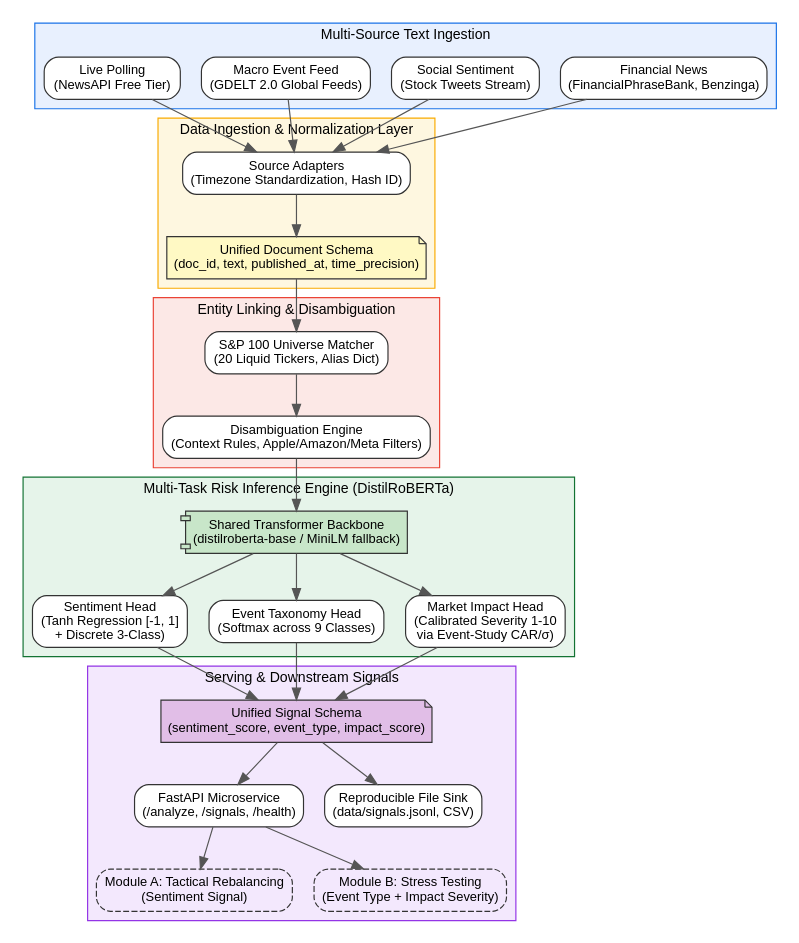
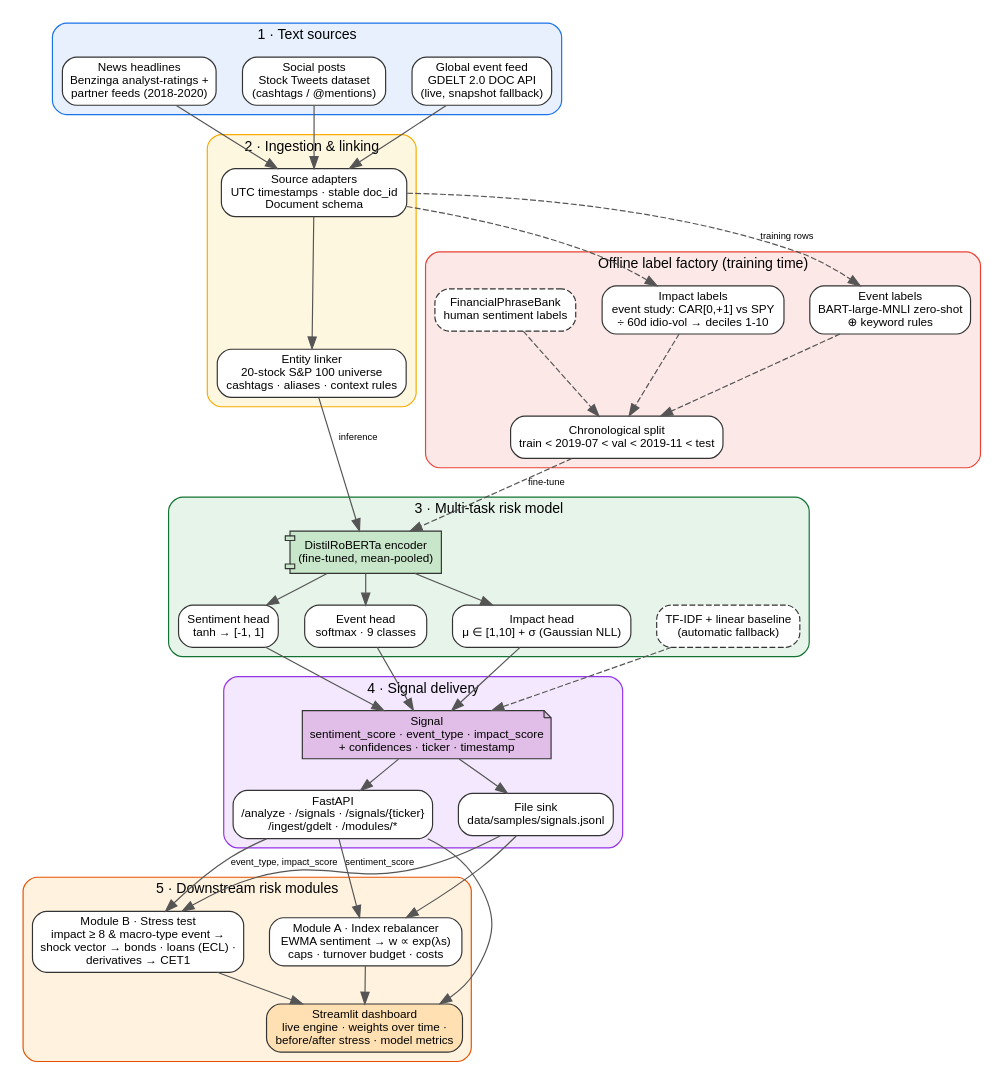
The diagram in docs/architecture.dot (agr-arsh-15/manipal-arsh-agrawal-hackathon), drawn with Graphviz before and after one commit. The commit also changed 18 other files, not shown here.

First line of the commit message:
feat(dashboard): Streamlit dashboard, evaluation harness, deck builder, GDELT GKG fallback

```diff
--- a/docs/architecture.dot
+++ b/docs/architecture.dot
@@ -1,94 +1,71 @@
 digraph RiskEngineArchitecture {
     rankdir=TB;
+    newrank=true;
+    nodesep=0.3;
+    ranksep=0.35;
     fontname="Helvetica,Arial,sans-serif";
-    node [fontname="Helvetica,Arial,sans-serif", fontsize=11, shape=box, style="filled,rounded", color="#333333", fillcolor="#F8F9FA"];
-    edge [fontname="Helvetica,Arial,sans-serif", fontsize=9, color="#555555"];
+    node [fontname="Helvetica,Arial,sans-serif", fontsize=10, shape=box, style="filled,rounded", color="#333333", fillcolor="#FFFFFF"];
+    edge [fontname="Helvetica,Arial,sans-serif", fontsize=8, color="#555555"];
 
     subgraph cluster_sources {
-        label = "Multi-Source Text Ingestion";
-        style = "filled";
-        fillcolor = "#E8F0FE";
-        fontsize = 12;
-        color = "#1A73E8";
-
-        s1 [label="Financial News\n(FinancialPhraseBank, Benzinga)", fillcolor="#FFFFFF"];
-        s2 [label="Social Sentiment\n(Stock Tweets Stream)", fillcolor="#FFFFFF"];
-        s3 [label="Macro Event Feed\n(GDELT 2.0 Global Feeds)", fillcolor="#FFFFFF"];
-        s4 [label="Live Polling\n(NewsAPI Free Tier)", fillcolor="#FFFFFF"];
+        label="1 · Text sources"; style="filled,rounded"; fillcolor="#E8F0FE"; color="#1A73E8"; fontsize=12;
+        news   [label="News headlines\nBenzinga analyst-ratings +\npartner feeds (2018-2020)"];
+        social [label="Social posts\nStock Tweets dataset\n(cashtags / @mentions)"];
+        gdelt  [label="Global event feed\nGDELT 2.0 DOC API\n(live, snapshot fallback)"];
     }
 
-    subgraph cluster_normalization {
-        label = "Data Ingestion & Normalization Layer";
-        style = "filled";
-        fillcolor = "#FEF7E0";
-        fontsize = 12;
-        color = "#F9AB00";
-
-        doc_adapter [label="Source Adapters\n(Timezone Standardization, Hash ID)", fillcolor="#FFFFFF"];
-        doc_schema [label="Unified Document Schema\n(doc_id, text, published_at, time_precision)", shape=note, fillcolor="#FFF9C4"];
+    subgraph cluster_ingest {
+        label="2 · Ingestion & linking"; style="filled,rounded"; fillcolor="#FEF7E0"; color="#F9AB00"; fontsize=12;
+        adapters [label="Source adapters\nUTC timestamps · stable doc_id\nDocument schema"];
+        linker   [label="Entity linker\n20-stock S&P 100 universe\ncashtags · aliases · context rules"];
     }
 
-    subgraph cluster_entity {
-        label = "Entity Linking & Disambiguation";
-        style = "filled";
-        fillcolor = "#FCE8E6";
-        fontsize = 12;
-        color = "#EA4335";
-
-        universe_match [label="S&P 100 Universe Matcher\n(20 Liquid Tickers, Alias Dict)", fillcolor="#FFFFFF"];
-        disambiguate [label="Disambiguation Engine\n(Context Rules, Apple/Amazon/Meta Filters)", fillcolor="#FFFFFF"];
+    subgraph cluster_labels {
+        label="Offline label factory (training time)"; style="filled,rounded"; fillcolor="#FCE8E6"; color="#EA4335"; fontsize=12;
+        fpb    [label="FinancialPhraseBank\nhuman sentiment labels", style="filled,rounded,dashed"];
+        zs     [label="Event labels\nBART-large-MNLI zero-shot\n⊕ keyword rules"];
+        car    [label="Impact labels\nevent study: CAR[0,+1] vs SPY\n÷ 60d idio-vol → deciles 1-10"];
+        splits [label="Chronological split\ntrain < 2019-07 < val < 2019-11 < test"];
     }
 
     subgraph cluster_model {
-        label = "Multi-Task Risk Inference Engine (DistilRoBERTa)";
-        style = "filled";
-        fillcolor = "#E6F4EA";
-        fontsize = 12;
-        color = "#137333";
-
-        encoder [label="Shared Transformer Backbone\n(distilroberta-base / MiniLM fallback)", fillcolor="#C8E6C9", shape=component];
-        
-        head_sentiment [label="Sentiment Head\n(Tanh Regression [-1, 1]\n+ Discrete 3-Class)", fillcolor="#FFFFFF"];
-        head_event [label="Event Taxonomy Head\n(Softmax across 9 Classes)", fillcolor="#FFFFFF"];
-        head_impact [label="Market Impact Head\n(Calibrated Severity 1-10\nvia Event-Study CAR/σ)", fillcolor="#FFFFFF"];
+        label="3 · Multi-task risk model"; style="filled,rounded"; fillcolor="#E6F4EA"; color="#137333"; fontsize=12;
+        encoder [label="DistilRoBERTa encoder\n(fine-tuned, mean-pooled)", shape=component, fillcolor="#C8E6C9"];
+        h_sent  [label="Sentiment head\ntanh → [-1, 1]"];
+        h_event [label="Event head\nsoftmax · 9 classes"];
+        h_imp   [label="Impact head\nμ ∈ [1,10] + σ (Gaussian NLL)"];
+        fallback [label="TF-IDF + linear baseline\n(automatic fallback)", style="filled,rounded,dashed"];
     }
 
-    subgraph cluster_output {
-        label = "Serving & Downstream Signals";
-        style = "filled";
-        fillcolor = "#F3E8FD";
-        fontsize = 12;
-        color = "#9334E6";
-
-        signal_schema [label="Unified Signal Schema\n(sentiment_score, event_type, impact_score)", shape=note, fillcolor="#E1BEE7"];
-        api_srv [label="FastAPI Microservice\n(/analyze, /signals, /health)", fillcolor="#FFFFFF"];
-        file_sink [label="Reproducible File Sink\n(data/signals.jsonl, CSV)", fillcolor="#FFFFFF"];
-        
-        downstream_a [label="Module A: Tactical Rebalancing\n(Sentiment Signal)", style="dashed,rounded", fillcolor="#EDE7F6"];
-        downstream_b [label="Module B: Stress Testing\n(Event Type + Impact Severity)", style="dashed,rounded", fillcolor="#EDE7F6"];
+    subgraph cluster_serve {
+        label="4 · Signal delivery"; style="filled,rounded"; fillcolor="#F3E8FD"; color="#9334E6"; fontsize=12;
+        signal [label="Signal\nsentiment_score · event_type · impact_score\n+ confidences · ticker · timestamp", shape=note, fillcolor="#E1BEE7"];
+        api    [label="FastAPI\n/analyze · /signals · /signals/{ticker}\n/ingest/gdelt · /modules/*"];
+        file   [label="File sink\ndata/samples/signals.jsonl"];
     }
 
-    s1 -> doc_adapter;
-    s2 -> doc_adapter;
-    s3 -> doc_adapter;
-    s4 -> doc_adapter;
+    subgraph cluster_modules {
+        label="5 · Downstream risk modules"; style="filled,rounded"; fillcolor="#FFF3E0"; color="#E65100"; fontsize=12;
+        modA [label="Module A · Index rebalancer\nEWMA sentiment → w ∝ exp(λs)\ncaps · turnover budget · costs"];
+        modB [label="Module B · Stress test\nimpact ≥ 8 & macro-type event →\nshock vector → bonds · loans (ECL) ·\nderivatives → CET1"];
+        dash [label="Streamlit dashboard\nlive engine · weights over time ·\nbefore/after stress · model metrics", fillcolor="#FFE0B2"];
+    }
 
-    doc_adapter -> doc_schema;
-    doc_schema -> universe_match;
-    universe_match -> disambiguate;
-    disambiguate -> encoder;
+    news -> adapters; social -> adapters; gdelt -> adapters;
+    adapters -> linker;
+    linker -> encoder [label="inference"];
+    encoder -> h_sent; encoder -> h_event; encoder -> h_imp;
+    h_sent -> signal; h_event -> signal; h_imp -> signal;
+    fallback -> signal [style=dashed];
+    signal -> api; signal -> file;
+    api -> modA [label="sentiment_score"];
+    api -> modB [label="event_type, impact_score"];
+    file -> modA; file -> modB;
+    modA -> dash; modB -> dash; api -> dash;
 
-    encoder -> head_sentiment;
-    encoder -> head_event;
-    encoder -> head_impact;
-
-    head_sentiment -> signal_schema;
-    head_event -> signal_schema;
-    head_impact -> signal_schema;
-
-    signal_schema -> api_srv;
-    signal_schema -> file_sink;
-
-    api_srv -> downstream_a;
-    api_srv -> downstream_b;
+    fpb -> splits [style=dashed];
+    adapters -> zs [style=dashed, label="training rows"];
+    adapters -> car [style=dashed];
+    zs -> splits [style=dashed]; car -> splits [style=dashed];
+    splits -> encoder [style=dashed, label="fine-tune"];
 }
```
